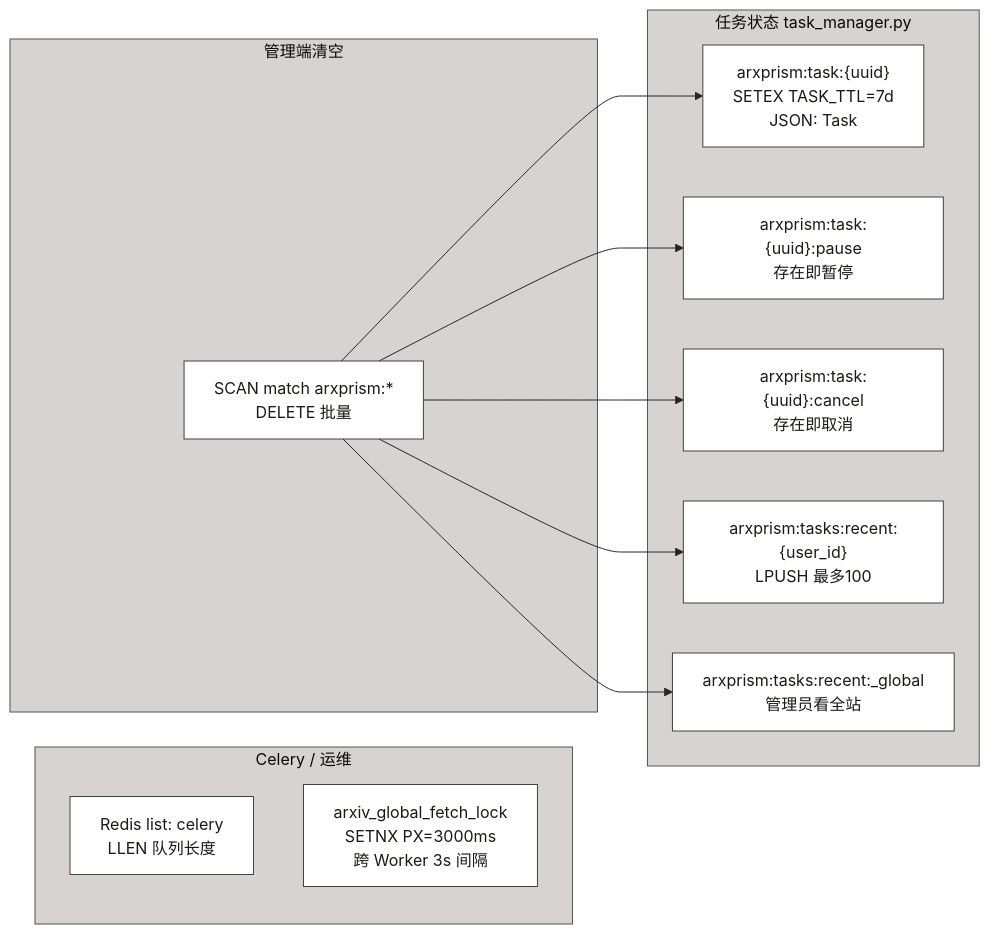
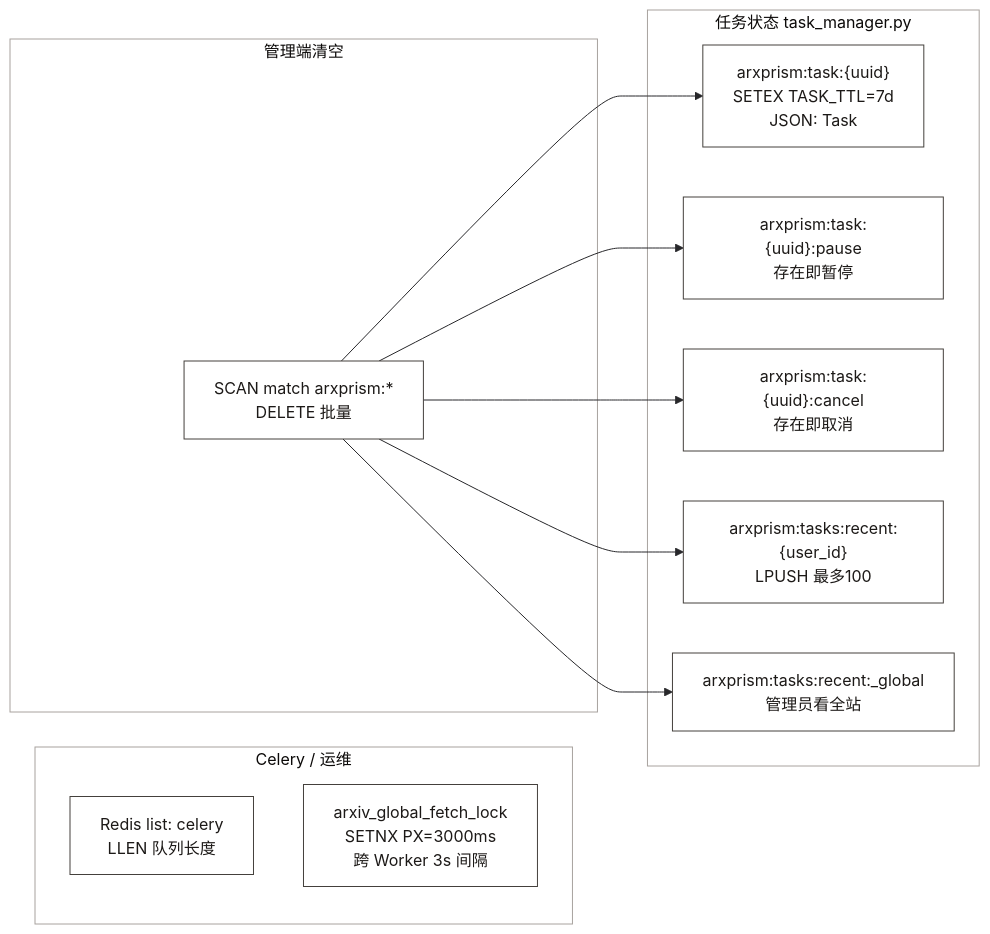
Before and after one commit to liu-kaining/ArxPrism: the fifth of 23 diagrams in spec/DIAGRAMS.md, drawn with Mermaid. The commit also changed other lines of this file, not shown here.

````diff
--- a/spec/DIAGRAMS.md
+++ b/spec/DIAGRAMS.md
@@ -218,26 +218,26 @@
 ```mermaid
-%%{init: {'theme':'base','themeVariables':{'fontFamily':'ui-sans-serif,system-ui,sans-serif','fontSize':'16px','primaryColor':'#fafaf9','primaryTextColor':'#1c1917','primaryBorderColor':'#44403c','secondaryColor':'#f5f5f4','tertiaryColor':'#e7e5e4','lineColor':'#27272a','secondaryTextColor':'#1c1917','tertiaryTextColor':'#292524','mainBkg':'#ffffff','textColor':'#1c1917','nodeBorder':'#44403c','defaultLinkColor':'#27272a','clusterBkg':'#d6d3d1','clusterBorder':'#57534e','edgeLabelBackground':'#ffffff','titleColor':'#0c0a09','actorBkg':'#fafaf9','actorBorder':'#44403c','actorTextColor':'#1c1917','signalColor':'#27272a','signalTextColor':'#1c1917','activationBkgColor':'#e7e5e4','activationBorderColor':'#57534e','noteBkgColor':'#fef9c3','noteTextColor':'#422006','noteBorderColor':'#a16207'}}}%%
+%%{init: {'theme':'base','themeVariables':{'fontFamily':'ui-sans-serif,system-ui,sans-serif','fontSize':'16px','primaryColor':'#fafaf9','primaryTextColor':'#1c1917','primaryBorderColor':'#44403c','secondaryColor':'#f5f5f4','tertiaryColor':'#e7e5e4','lineColor':'#27272a','secondaryTextColor':'#1c1917','tertiaryTextColor':'#292524','mainBkg':'#ffffff','textColor':'#1c1917','nodeBorder':'#44403c','defaultLinkColor':'#27272a','clusterBkg':'#ffffff','clusterBorder':'#a8a29e','edgeLabelBackground':'#ffffff','titleColor':'#0c0a09','actorBkg':'#fafaf9','actorBorder':'#44403c','actorTextColor':'#1c1917','signalColor':'#27272a','signalTextColor':'#1c1917','activationBkgColor':'#e7e5e4','activationBorderColor':'#57534e','noteBkgColor':'#fef9c3','noteTextColor':'#422006','noteBorderColor':'#a16207'}}}%%
 flowchart LR
     subgraph TaskKeys["任务状态 task_manager.py"]
         K1["arxprism:task:{uuid}\nSETEX TASK_TTL=7d\nJSON: Task"]
         K2["arxprism:task:{uuid}:pause\n存在即暂停"]
         K3["arxprism:task:{uuid}:cancel\n存在即取消"]
         K4["arxprism:tasks:recent:{user_id}\nLPUSH 最多100"]
         K5["arxprism:tasks:recent:_global\n管理员看全站"]
     end
 
     subgraph Broker["Celery / 运维"]
         Q["Redis list: celery\nLLEN 队列长度"]
         ARX["arxiv_global_fetch_lock\nSETNX PX=3000ms\n跨 Worker 3s 间隔"]
     end
 
     subgraph Wipe["管理端清空"]
         W["SCAN match arxprism:*\nDELETE 批量"]
     end
 
     W --> K1
     W --> K2
     W --> K3
     W --> K4
     W --> K5
 ```
````
